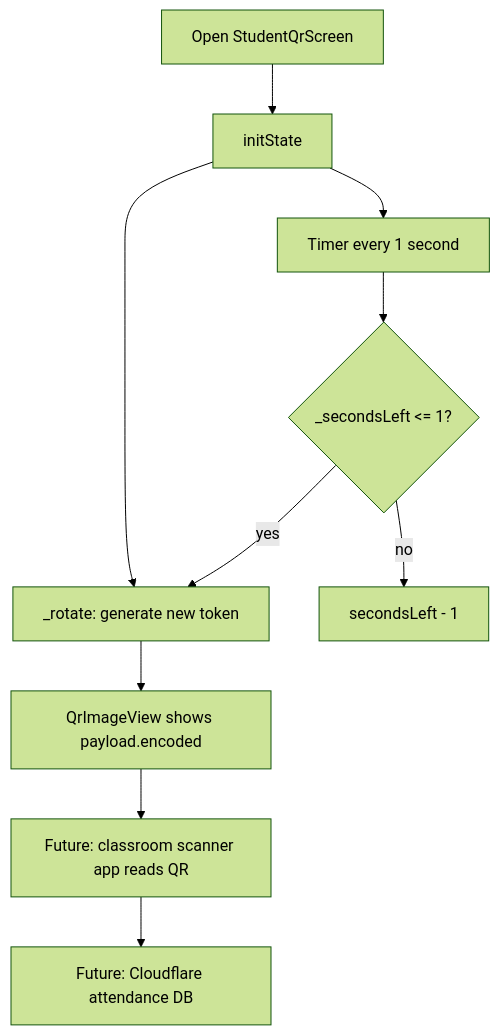
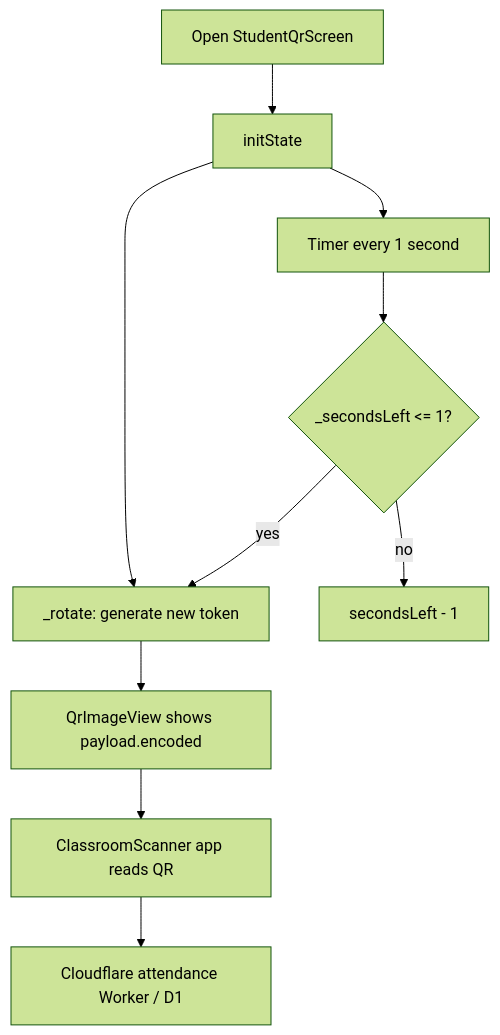
The sixth of 7 diagrams in docs/03_CODE_AND_ARCHITECTURE_DETAILED.md (IOTERRO/SmartUni), drawn with Mermaid (forest theme) before and after one commit. The commit also changed other lines of this file and 2 other files, not shown here.

````diff
--- a/docs/03_CODE_AND_ARCHITECTURE_DETAILED.md
+++ b/docs/03_CODE_AND_ARCHITECTURE_DETAILED.md
@@ -225,12 +225,12 @@
 ```mermaid
 flowchart TD
   Open[Open StudentQrScreen] --> Init[initState]
   Init --> Rotate[_rotate: generate new token]
   Init --> Timer[Timer every 1 second]
   Timer --> Tick{_secondsLeft <= 1?}
   Tick -->|yes| Rotate
   Tick -->|no| Dec[secondsLeft - 1]
   Rotate --> QR[QrImageView shows payload.encoded]
-  QR --> Class[Future: classroom scanner app reads QR]
-  Class --> CF[Future: Cloudflare attendance DB]
+  QR --> Class[ClassroomScanner app reads QR]
+  Class --> CF[Cloudflare attendance Worker / D1]
 ```
````
